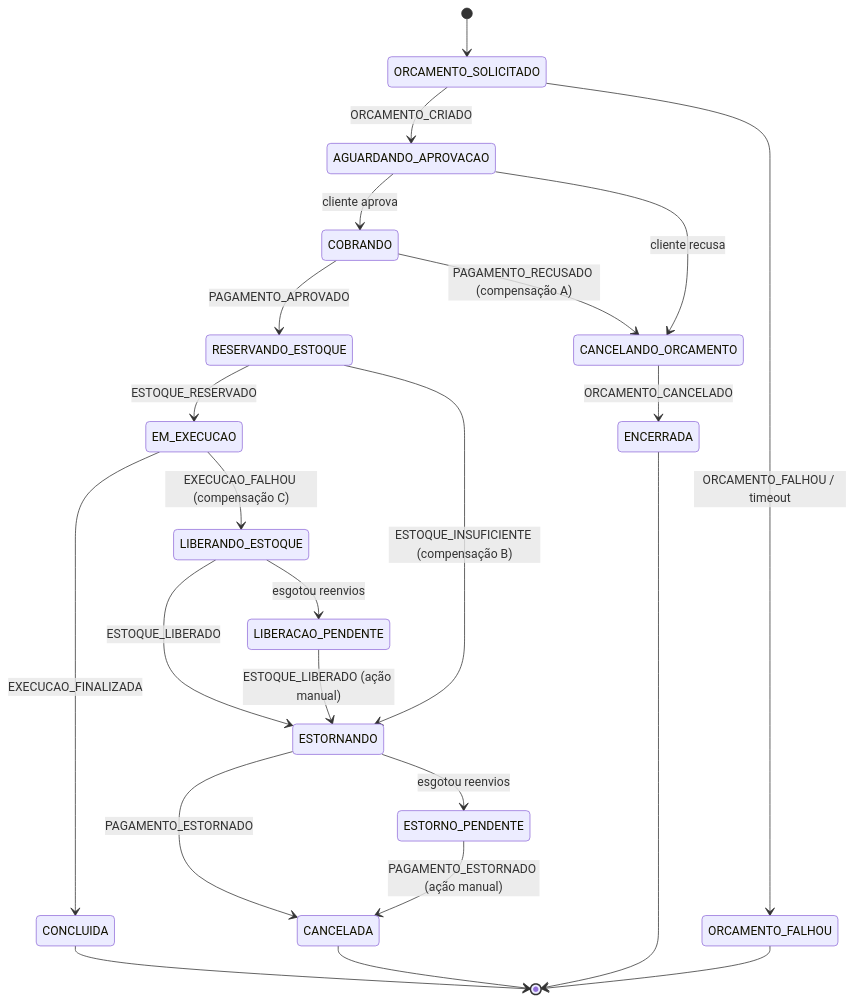
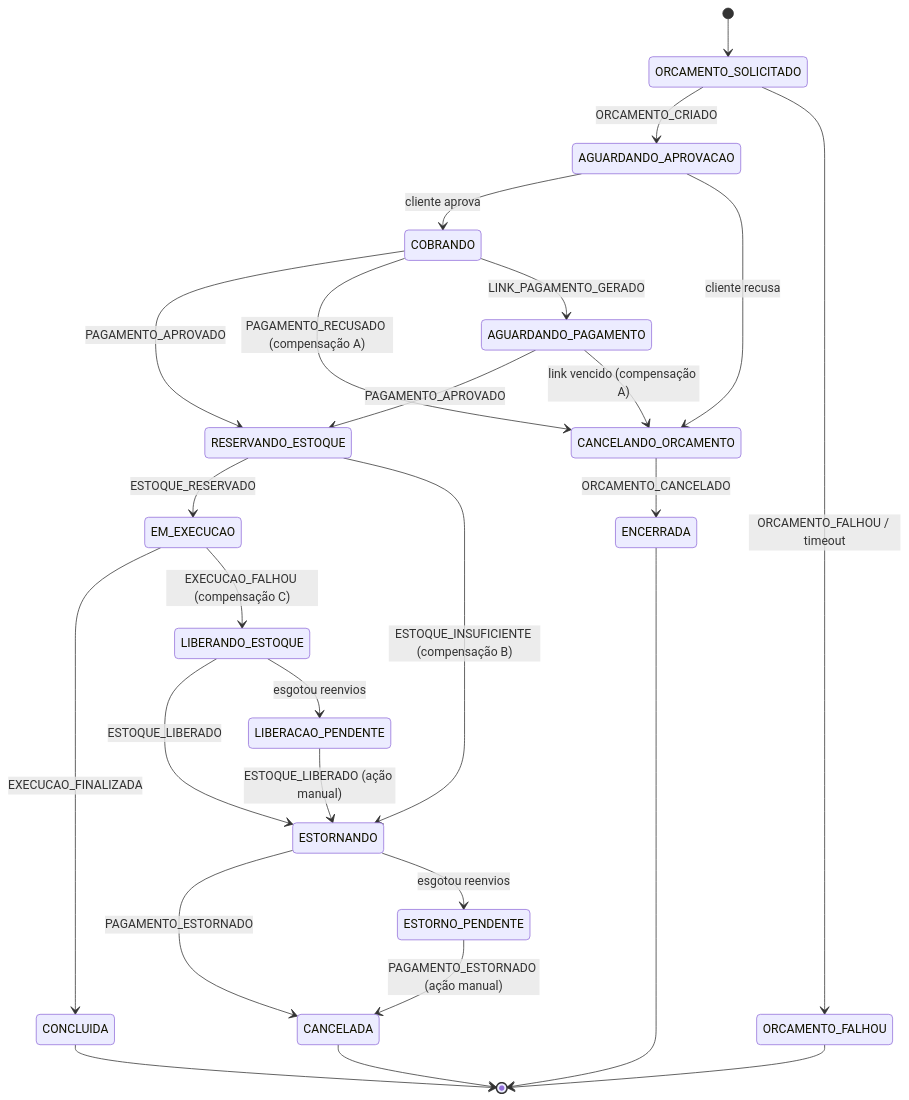
Before and after one commit to HDAdeveloper/oficina-billing-service: the sixth of 9 diagrams in docs/ddd.md, drawn with Mermaid. The commit also changed 50 other files, not shown here.

Commit message:
Sincroniza com o oficina-workspace (pagamento por link, monitor da Saga, CORS, docs)

````diff
--- a/docs/ddd.md
+++ b/docs/ddd.md
@@ -280,25 +280,28 @@
 ```mermaid
 stateDiagram-v2
     [*] --> ORCAMENTO_SOLICITADO
     ORCAMENTO_SOLICITADO --> AGUARDANDO_APROVACAO : ORCAMENTO_CRIADO
     ORCAMENTO_SOLICITADO --> ORCAMENTO_FALHOU : ORCAMENTO_FALHOU / timeout
     AGUARDANDO_APROVACAO --> COBRANDO : cliente aprova
     AGUARDANDO_APROVACAO --> CANCELANDO_ORCAMENTO : cliente recusa
     COBRANDO --> RESERVANDO_ESTOQUE : PAGAMENTO_APROVADO
     COBRANDO --> CANCELANDO_ORCAMENTO : PAGAMENTO_RECUSADO (compensação A)
+    COBRANDO --> AGUARDANDO_PAGAMENTO : LINK_PAGAMENTO_GERADO
+    AGUARDANDO_PAGAMENTO --> RESERVANDO_ESTOQUE : PAGAMENTO_APROVADO
+    AGUARDANDO_PAGAMENTO --> CANCELANDO_ORCAMENTO : link vencido (compensação A)
     RESERVANDO_ESTOQUE --> EM_EXECUCAO : ESTOQUE_RESERVADO
     RESERVANDO_ESTOQUE --> ESTORNANDO : ESTOQUE_INSUFICIENTE (compensação B)
     EM_EXECUCAO --> CONCLUIDA : EXECUCAO_FINALIZADA
     EM_EXECUCAO --> LIBERANDO_ESTOQUE : EXECUCAO_FALHOU (compensação C)
     LIBERANDO_ESTOQUE --> ESTORNANDO : ESTOQUE_LIBERADO
     LIBERANDO_ESTOQUE --> LIBERACAO_PENDENTE : esgotou reenvios
     CANCELANDO_ORCAMENTO --> ENCERRADA : ORCAMENTO_CANCELADO
     ESTORNANDO --> CANCELADA : PAGAMENTO_ESTORNADO
     ESTORNANDO --> ESTORNO_PENDENTE : esgotou reenvios
     ESTORNO_PENDENTE --> CANCELADA : PAGAMENTO_ESTORNADO (ação manual)
     LIBERACAO_PENDENTE --> ESTORNANDO : ESTOQUE_LIBERADO (ação manual)
     CONCLUIDA --> [*]
     CANCELADA --> [*]
     ENCERRADA --> [*]
     ORCAMENTO_FALHOU --> [*]
 ```
````
